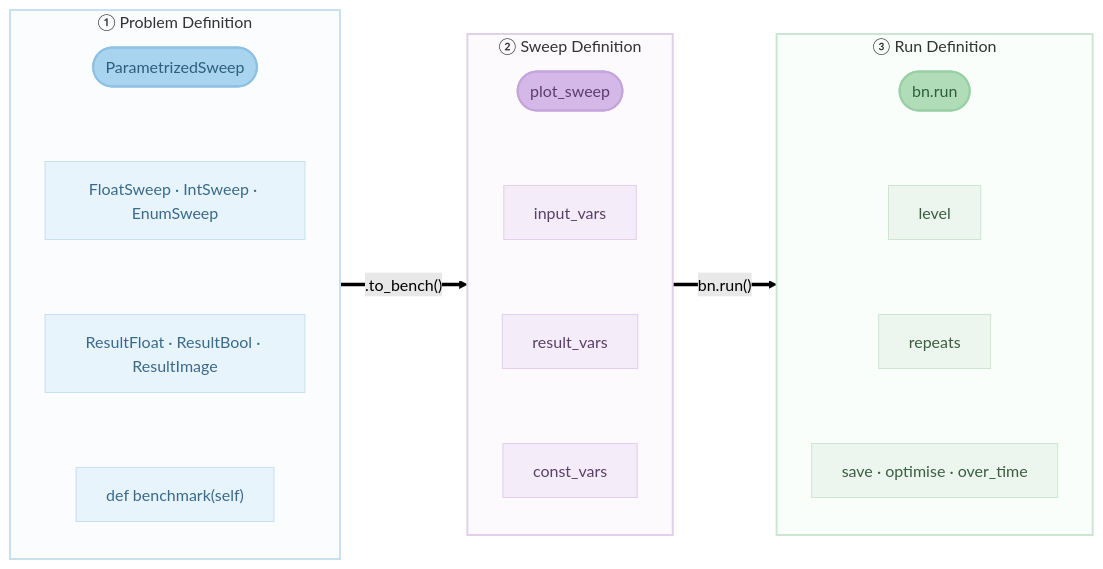
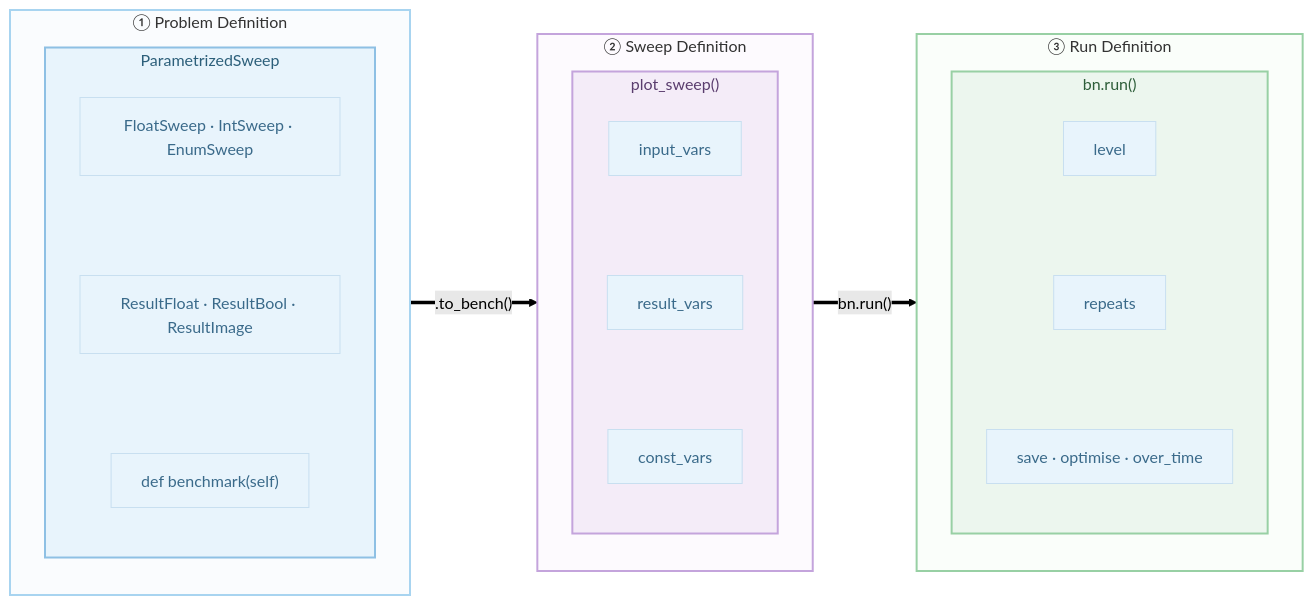
One commit to blooop/bencher changed the first of 2 diagrams in docs/concepts.md. Above: the diagram before and after it, drawn with Mermaid (forest theme).

Commit message:
docs: use nested subgraphs to show variable encapsulation

````diff
--- a/docs/concepts.md
+++ b/docs/concepts.md
@@ -53,49 +53,47 @@
 ```{mermaid}
 flowchart LR
     subgraph Problem ["① Problem Definition"]
         direction TB
-        PS([ParametrizedSweep])
-        Inputs[FloatSweep · IntSweep · EnumSweep]
-        Results[ResultFloat · ResultBool · ResultImage]
-        Fn["def benchmark(self)"]
-        PS ~~~ Inputs ~~~ Results ~~~ Fn
+        subgraph PS ["ParametrizedSweep"]
+            direction TB
+            Inputs[FloatSweep · IntSweep · EnumSweep]
+            Results[ResultFloat · ResultBool · ResultImage]
+            Fn["def benchmark(self)"]
+            Inputs ~~~ Results ~~~ Fn
+        end
     end
 
     subgraph Sweep ["② Sweep Definition"]
         direction TB
-        SW([plot_sweep])
-        IV[input_vars]
-        RV[result_vars]
-        CV[const_vars]
-        SW ~~~ IV ~~~ RV ~~~ CV
+        subgraph SW ["plot_sweep()"]
+            direction TB
+            IV[input_vars]
+            RV[result_vars]
+            CV[const_vars]
+            IV ~~~ RV ~~~ CV
+        end
     end
 
     subgraph Run ["③ Run Definition"]
         direction TB
-        RN([bn.run])
-        Level[level]
-        Repeats[repeats]
-        Opts[save · optimise · over_time]
-        RN ~~~ Level ~~~ Repeats ~~~ Opts
+        subgraph RN ["bn.run()"]
+            direction TB
+            Level[level]
+            Repeats[repeats]
+            Opts[save · optimise · over_time]
+            Level ~~~ Repeats ~~~ Opts
+        end
     end
 
     Problem == .to_bench() ==> Sweep == bn.run() ==> Run
 
-    classDef blue fill:#a8d4f0,color:#2c5f7a,stroke:#8ec0e4,stroke-width:2px
-    classDef purple fill:#d4b8e8,color:#5a3d6e,stroke:#c4a4dc,stroke-width:2px
-    classDef green fill:#b0ddb8,color:#2e5e3a,stroke:#98d0a4,stroke-width:2px
-    classDef blueLight fill:#e8f4fc,stroke:#c8dff0,color:#3a6a8a
-    classDef purpleLight fill:#f4ecf8,stroke:#e0d0ea,color:#5a4068
-    classDef greenLight fill:#ecf6ee,stroke:#cce6d2,color:#3a5e40
+    classDef light fill:#e8f4fc,stroke:#c8dff0,color:#3a6a8a
+    class Inputs,Results,Fn,IV,RV,CV,Level,Repeats,Opts light
 
-    class PS blue
-    class SW purple
-    class RN green
-    class Inputs,Results,Fn blueLight
-    class IV,RV,CV purpleLight
-    class Level,Repeats,Opts greenLight
-
-    style Problem fill:#fafcfe,stroke:#c8dff0,stroke-width:2px
-    style Sweep fill:#fdfafe,stroke:#e0d0ea,stroke-width:2px
-    style Run fill:#fafefa,stroke:#cce6d2,stroke-width:2px
+    style Problem fill:#fafcfe,stroke:#a8d4f0,stroke-width:2px
+    style Sweep fill:#fdfafe,stroke:#c4a4dc,stroke-width:2px
+    style Run fill:#fafefa,stroke:#98d0a4,stroke-width:2px
+    style PS fill:#e8f4fc,stroke:#8ec0e4,stroke-width:2px,color:#2c5f7a
+    style SW fill:#f4ecf8,stroke:#c4a4dc,stroke-width:2px,color:#5a3d6e
+    style RN fill:#ecf6ee,stroke:#98d0a4,stroke-width:2px,color:#2e5e3a
 ```
````
